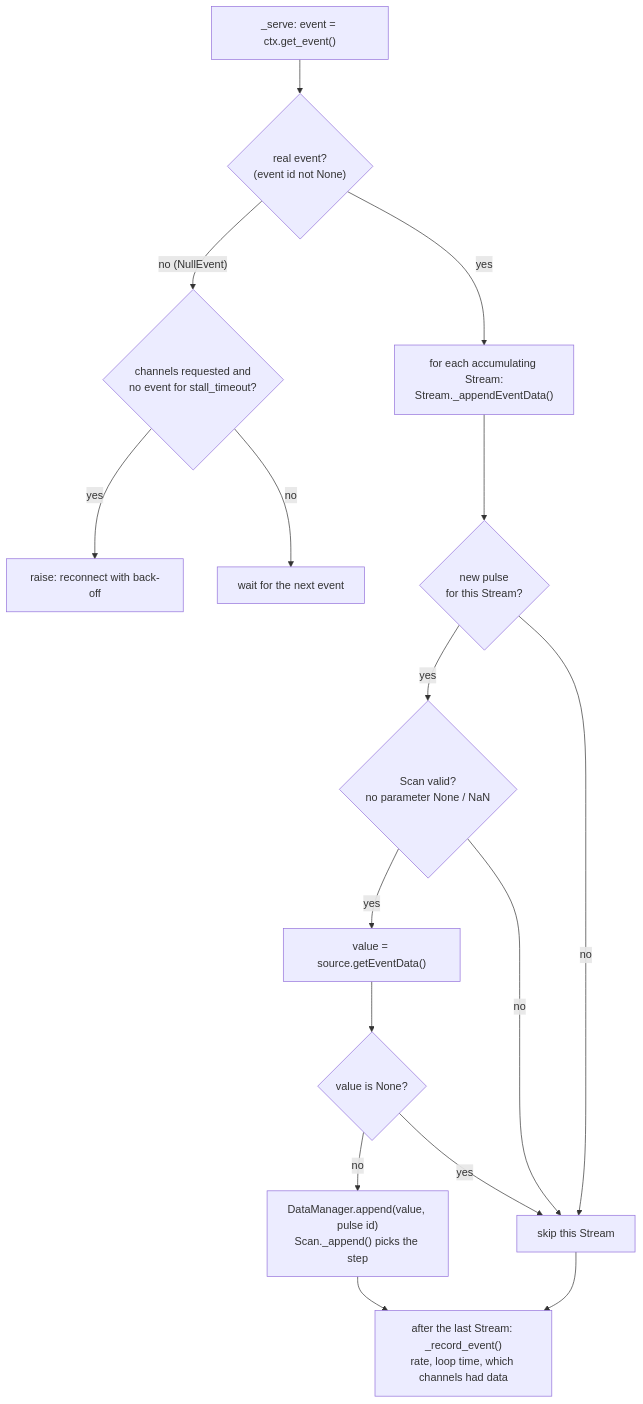
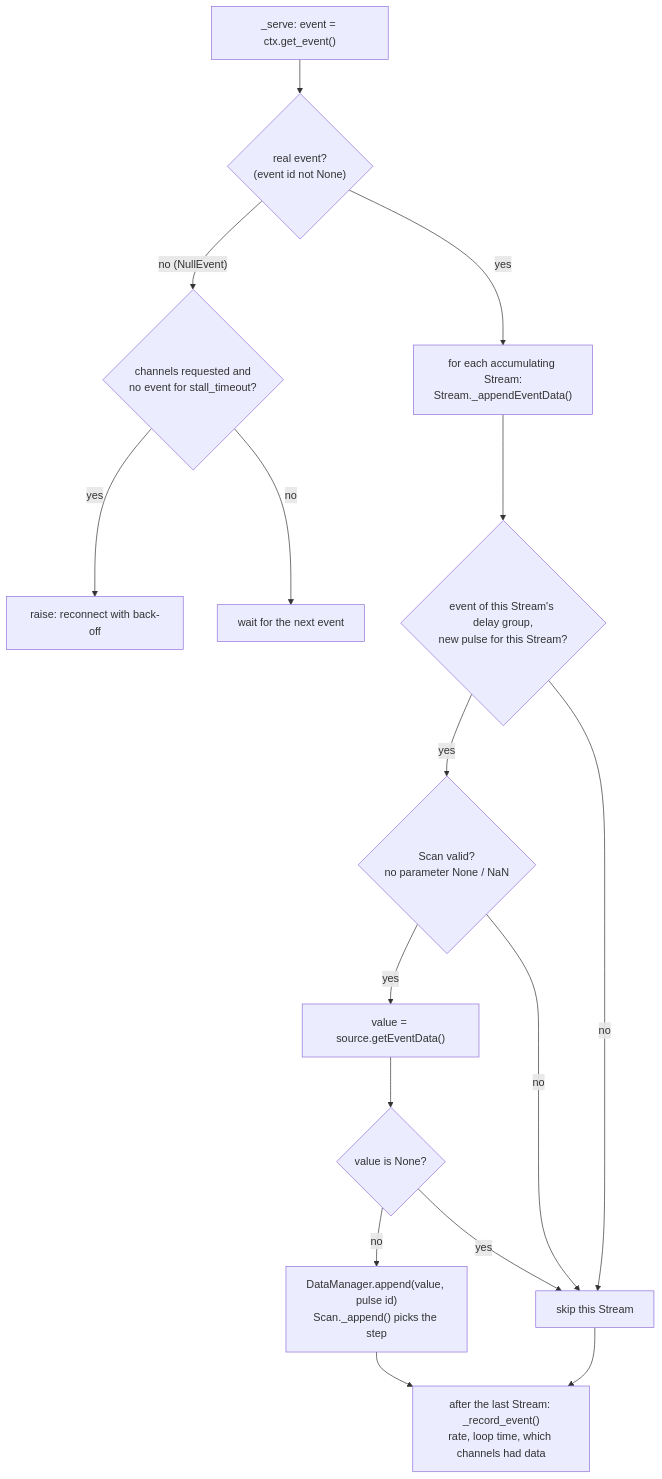
The third of 8 diagrams in docs/development/stream_architecture.md (htlemke/escape-fel), drawn with Mermaid before and after one commit. The commit also changed other lines of this file and 5 other files, not shown here.

````diff
--- a/docs/development/stream_architecture.md
+++ b/docs/development/stream_architecture.md
@@ -83,18 +84,18 @@
 ```mermaid
 flowchart TB
     A["_serve: event = ctx.get_event()"] --> B{"real event?<br/>(event id not None)"}
     B -- "no (NullEvent)" --> S{"channels requested and<br/>no event for stall_timeout?"}
     S -- yes --> X["raise: reconnect with back-off"]
     S -- no --> W["wait for the next event"]
     B -- yes --> C["for each accumulating Stream:<br/>Stream._appendEventData()"]
-    C --> D{"new pulse<br/>for this Stream?"}
+    C --> D{"event of this Stream's delay group,<br/>new pulse for this Stream?"}
     D -- yes --> E{"Scan valid?<br/>no parameter None / NaN"}
     E -- yes --> G["value = source.getEventData()"]
     G --> H{"value is None?"}
     H -- no --> I["DataManager.append(value, pulse id)<br/>Scan._append() picks the step"]
     D -- no --> K["skip this Stream"]
     E -- no --> K
     H -- yes --> K
     I --> R["after the last Stream: _record_event()<br/>rate, loop time, which channels had data"]
     K --> R
 ```
````
